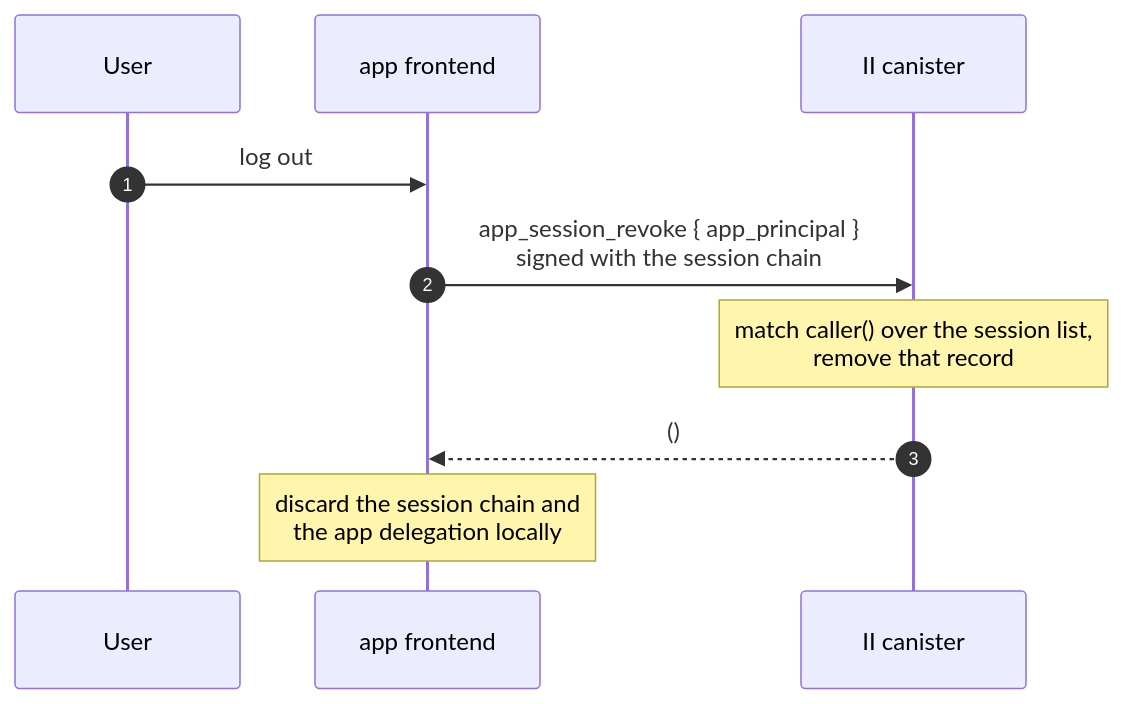
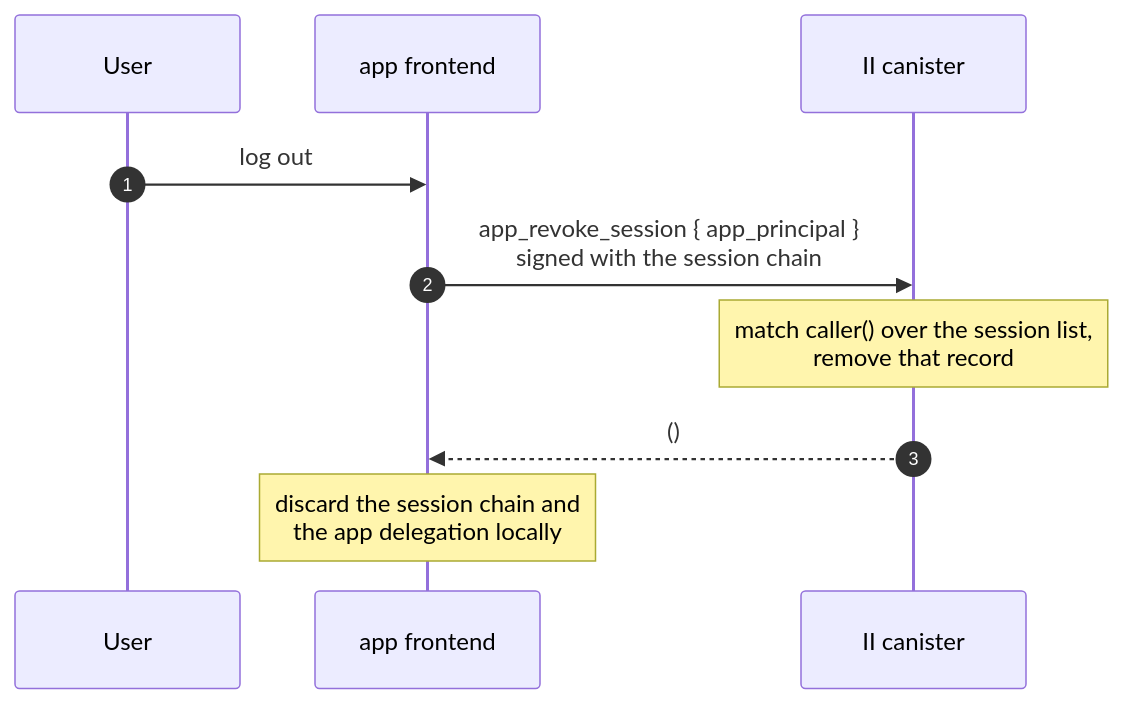
The sixth of 7 diagrams in docs/ongoing/revocable-app-sessions.md (dfinity/internet-identity), drawn with Mermaid before and after one commit. The commit also changed other lines of this file, not shown here.

````diff
--- a/docs/ongoing/revocable-app-sessions.md
+++ b/docs/ongoing/revocable-app-sessions.md
@@ -359,12 +396,12 @@
 ```mermaid
 sequenceDiagram
     autonumber
     participant User
     participant App as app frontend
     participant IIC as II canister
     User->>App: log out
-    App->>IIC: app_session_revoke { app_principal }<br/>signed with the session chain
+    App->>IIC: app_revoke_session { app_principal }<br/>signed with the session chain
     Note over IIC: match caller() over the session list,<br/>remove that record
     IIC-->>App: ()
     Note over App: discard the session chain and<br/>the app delegation locally
 ```
````
